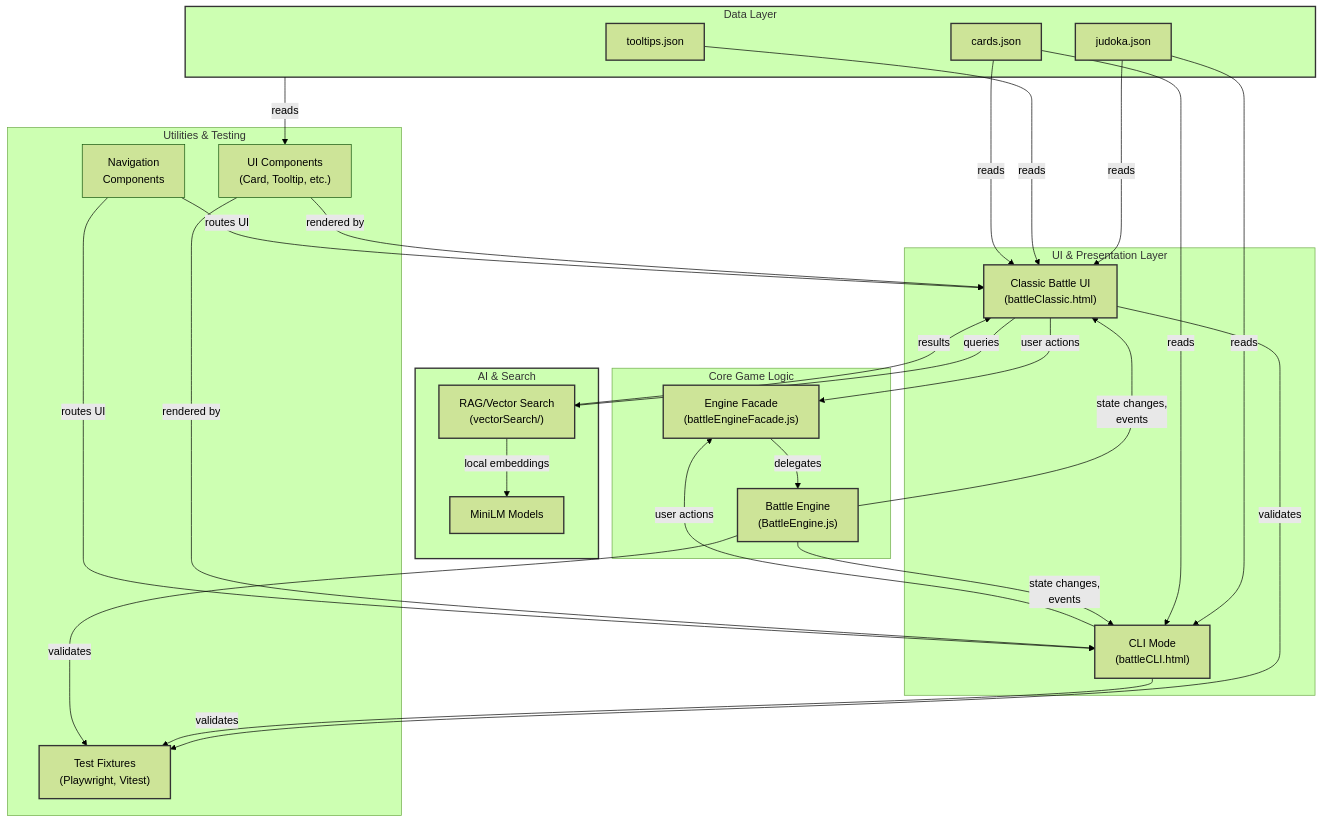
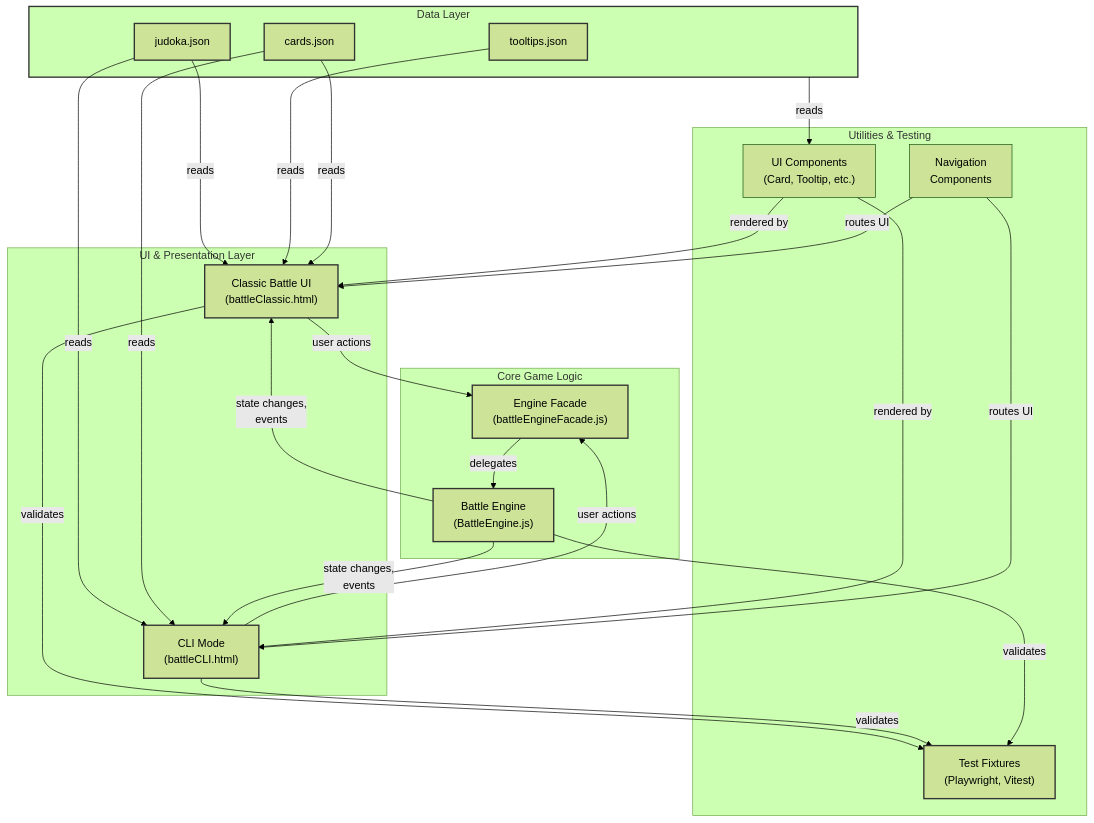
The diagram in design/productRequirementsDocuments/prdArchitecture.md (CyanAutomation/judokon), drawn with Mermaid (forest theme) before and after one commit. The commit also changed other lines of this file and 7 other files, not shown here.

````diff
--- a/design/productRequirementsDocuments/prdArchitecture.md
+++ b/design/productRequirementsDocuments/prdArchitecture.md
@@ -19,77 +19,66 @@
 ```mermaid
 flowchart TB
     subgraph UI["UI & Presentation Layer"]
         CBattle["Classic Battle UI<br/>(battleClassic.html)"]
         CLI["CLI Mode<br/>(battleCLI.html)"]
     end
 
     subgraph Core["Core Game Logic"]
         Engine["Battle Engine<br/>(BattleEngine.js)"]
         Facade["Engine Facade<br/>(battleEngineFacade.js)"]
     end
 
     subgraph Data["Data Layer"]
         Judoka["judoka.json"]
         Tooltips["tooltips.json"]
         Cards["cards.json"]
-    end
-
-    subgraph AI["AI & Search"]
-        RAG["RAG/Vector Search<br/>(vectorSearch/)"]
-        MiniLM["MiniLM Models"]
     end
 
     subgraph Utils["Utilities & Testing"]
         Nav["Navigation<br/>Components"]
         Comp["UI Components<br/>(Card, Tooltip, etc.)"]
         Test["Test Fixtures<br/>(Playwright, Vitest)"]
     end
 
     %% Data flow to UI
     Judoka -->|reads| CBattle
     Judoka -->|reads| CLI
     Tooltips -->|reads| CBattle
     Cards -->|reads| CBattle
     Cards -->|reads| CLI
 
     %% UI to Facade to Engine
     CBattle -->|user actions| Facade
     CLI -->|user actions| Facade
     Facade -->|delegates| Engine
 
     %% Engine emits events back
     Engine -->|state changes,<br/>events| CBattle
     Engine -->|state changes,<br/>events| CLI
 
     %% Components use data
     Data -->|reads| Comp
     Comp -->|rendered by| CBattle
     Comp -->|rendered by| CLI
 
     %% Navigation
     Nav -->|routes UI| CBattle
     Nav -->|routes UI| CLI
 
-    %% RAG integration
-    CBattle -->|queries| RAG
-    RAG -->|local embeddings| MiniLM
-    RAG -->|results| CBattle
-
     %% Testing
     CBattle -->|validates| Test
     CLI -->|validates| Test
     Engine -->|validates| Test
 
     %% Styling
     classDef engine fill:#lightgreen,stroke:#333,stroke-width:2px
     classDef ui fill:#lightblue,stroke:#333,stroke-width:2px
     classDef data fill:#lightyellow,stroke:#333,stroke-width:2px
     classDef test fill:#lightgray,stroke:#333,stroke-width:2px
     classDef ai fill:#lightcyan,stroke:#333,stroke-width:2px
 
     class Engine,Facade engine
     class CBattle,CLI ui
     class Judoka,Tooltips,Cards,Data data
     class Test test
-    class RAG,MiniLM,AI ai
 ```
````
